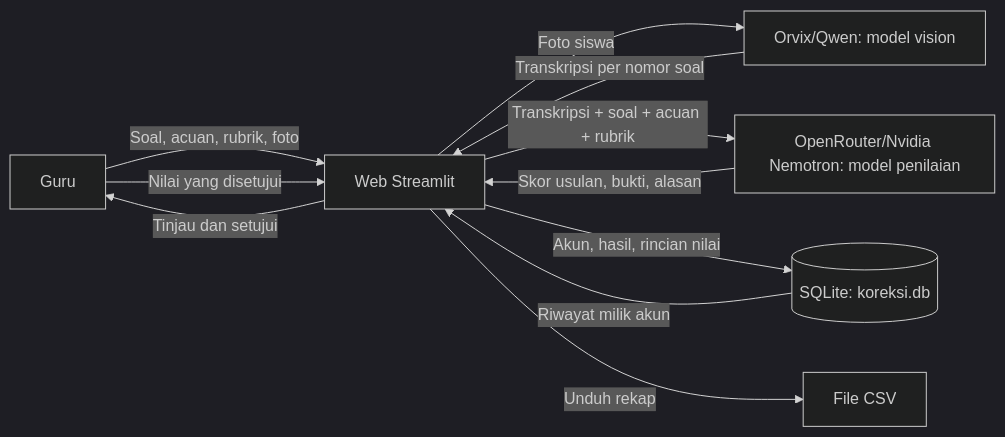
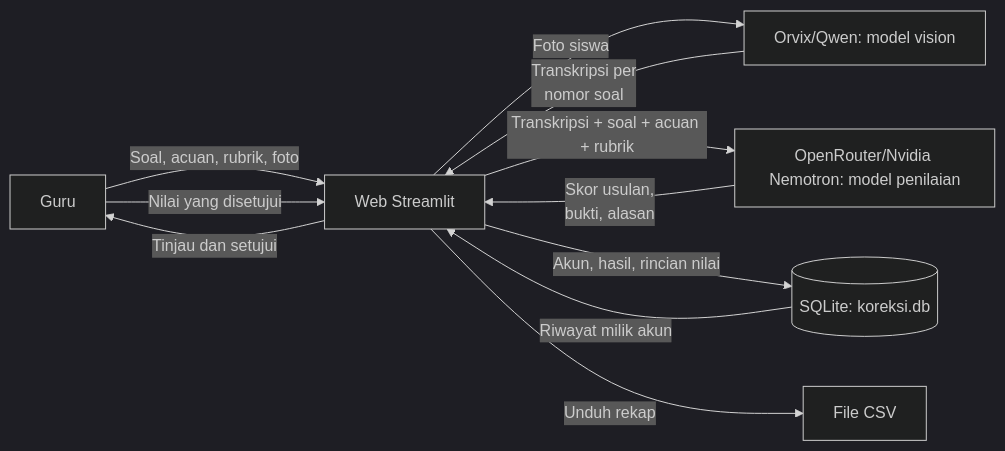
One commit to ygoliberon/logicodix2026-asistenkoreksiuraian changed the diagram in README.md. Above: the diagram before and after it, drawn with Mermaid (dark theme).

Commit message:
fix: update flowchart readme.md

````diff
--- a/README.md
+++ b/README.md
@@ -52,13 +52,13 @@
 ```mermaid
 flowchart LR
     G[Guru] -->|Soal, acuan, rubrik, foto| W[Web Streamlit]
     W -->|Foto siswa| V[Orvix/Qwen: model vision]
-    V -->|Transkripsi per nomor soal| W
+    V -->|Transkripsi per<br/>nomor soal| W
     W -->|Transkripsi + soal + acuan + rubrik| L[OpenRouter/Nvidia Nemotron: model penilaian]
-    L -->|Skor usulan, bukti, alasan| W
+    L -->|Skor usulan,<br/>bukti, alasan| W
     W -->|Tinjau dan setujui| G
     G -->|Nilai yang disetujui| W
     W -->|Akun, hasil, rincian nilai| D[(SQLite: koreksi.db)]
     D -->|Riwayat milik akun| W
     W -->|Unduh rekap| C[File CSV]
 ```
````
